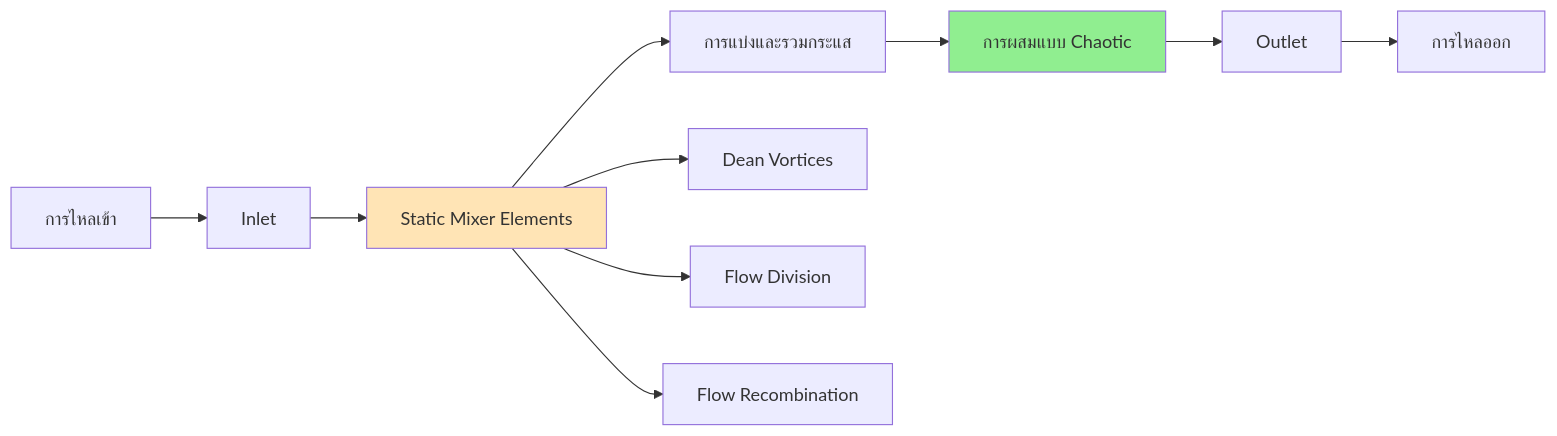
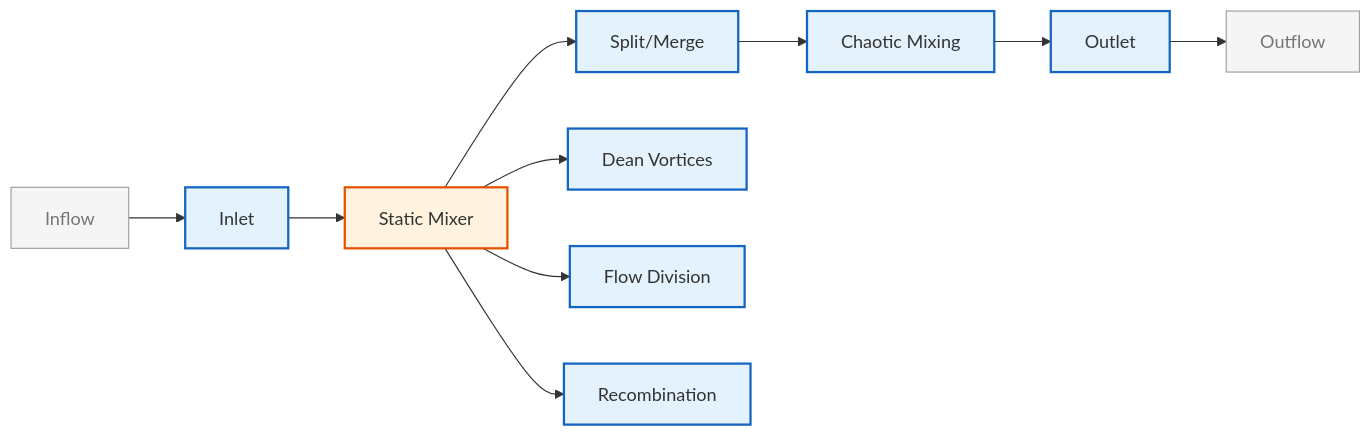
One commit to wramet/build-my-cfd changed the second of 2 diagrams in MODULE_03_SINGLE_PHASE_FLOW/CONTENT/05_PRACTICAL_APPLICATIONS/02_Internal_Flow_and_Piping.md. Above: the diagram before and after it, drawn with Mermaid. The commit also changed other lines of this file and 313 other files, not shown here.

Commit message:
Revise all diagram

````diff
--- a/MODULE_03_SINGLE_PHASE_FLOW/CONTENT/05_PRACTICAL_APPLICATIONS/02_Internal_Flow_and_Piping.md
+++ b/MODULE_03_SINGLE_PHASE_FLOW/CONTENT/05_PRACTICAL_APPLICATIONS/02_Internal_Flow_and_Piping.md
@@ -413,16 +415,18 @@
 ```mermaid
 flowchart LR
-    A[การไหลเข้า] --> B[Inlet]
-    B --> C[Static Mixer Elements]
-    C --> D[การแบ่งและรวมกระแส]
-    D --> E[การผสมแบบ Chaotic]
-    E --> F[Outlet]
-    F --> G[การไหลออก]
+%% Classes
+classDef explicit fill:#fff3e0,stroke:#e65100,stroke-width:2px;
+classDef implicit fill:#e3f2fd,stroke:#1565c0,stroke-width:2px;
+classDef context fill:#f5f5f5,stroke:#9e9e9e,stroke-width:1px,color:#757575;
+%% Nodes
+A[Inflow]:::context --> B[Inlet]:::implicit
+B --> C[Static Mixer]:::explicit
+C --> D[Split/Merge]:::implicit
+D --> E[Chaotic Mixing]:::implicit
+E --> F[Outlet]:::implicit
+F --> G[Outflow]:::context
 
-    C --> H[Dean Vortices]
-    C --> I[Flow Division]
-    C --> J[Flow Recombination]
-
-    style C fill:#FFE4B5
-    style E fill:#90EE90
+C --> H[Dean Vortices]:::implicit
+C --> I[Flow Division]:::implicit
+C --> J[Recombination]:::implicit
 ```
````
